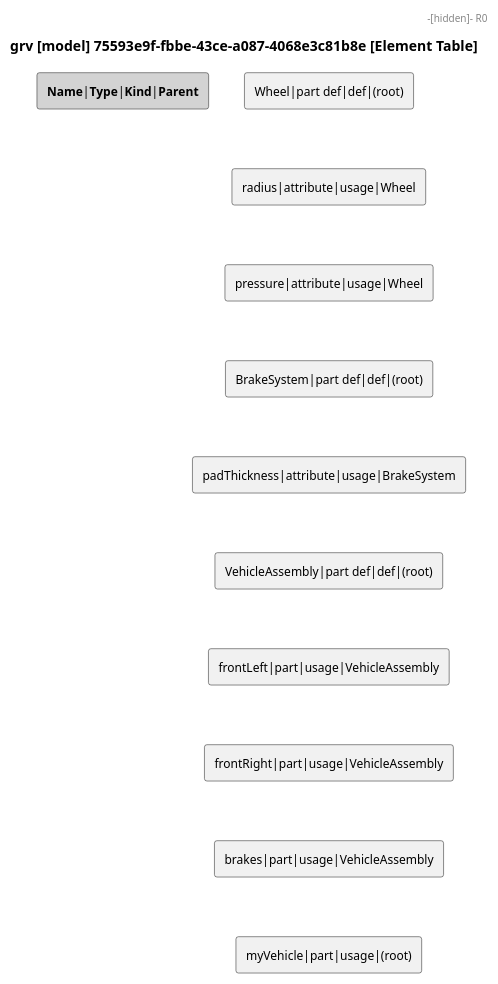
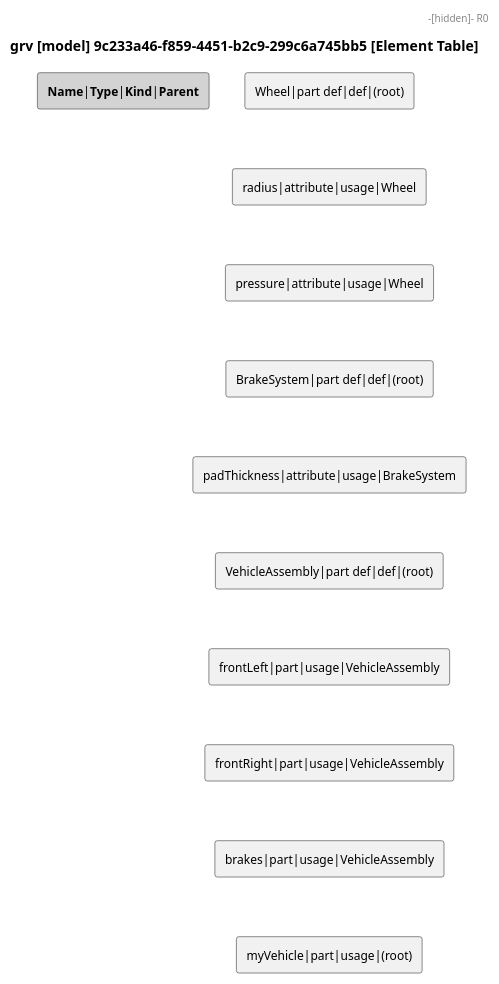
Before and after one commit to mycr0ft/sysml2py: the diagram in docs/plantuml-examples/13-element-table.puml, drawn with PlantUML. The commit also changed 32 other files, not shown here.

First line of the commit message:
boxes afv: control nodes with true decision diamonds (diagramboxes 0.5.0)

```diff
--- a/docs/plantuml-examples/13-element-table.puml
+++ b/docs/plantuml-examples/13-element-table.puml
@@ -1,31 +1,31 @@
 @startuml
 
 skinparam monochrome true
 skinparam defaultFontSize 12
 skinparam defaultFontName Helvetica
 
-title grv [model] 75593e9f-fbbe-43ce-a087-4068e3c81b8e [Element Table]
+title grv [model] 9c233a46-f859-4451-b2c9-299c6a745bb5 [Element Table]
 
 rectangle "<b>Name</b>|<b>Type</b>|<b>Kind</b>|<b>Parent</b>" as HEADER #LightGray
 rectangle "Wheel|part def|def|(root)" as R0
 rectangle "radius|attribute|usage|Wheel" as R1
 rectangle "pressure|attribute|usage|Wheel" as R2
 rectangle "BrakeSystem|part def|def|(root)" as R3
 rectangle "padThickness|attribute|usage|BrakeSystem" as R4
 rectangle "VehicleAssembly|part def|def|(root)" as R5
 rectangle "frontLeft|part|usage|VehicleAssembly" as R6
 rectangle "frontRight|part|usage|VehicleAssembly" as R7
 rectangle "brakes|part|usage|VehicleAssembly" as R8
 rectangle "myVehicle|part|usage|(root)" as R9
 HEADER -[hidden]- R0
 R0 -[hidden]- R1
 R1 -[hidden]- R2
 R2 -[hidden]- R3
 R3 -[hidden]- R4
 R4 -[hidden]- R5
 R5 -[hidden]- R6
 R6 -[hidden]- R7
 R7 -[hidden]- R8
 R8 -[hidden]- R9
 
 @enduml
```
